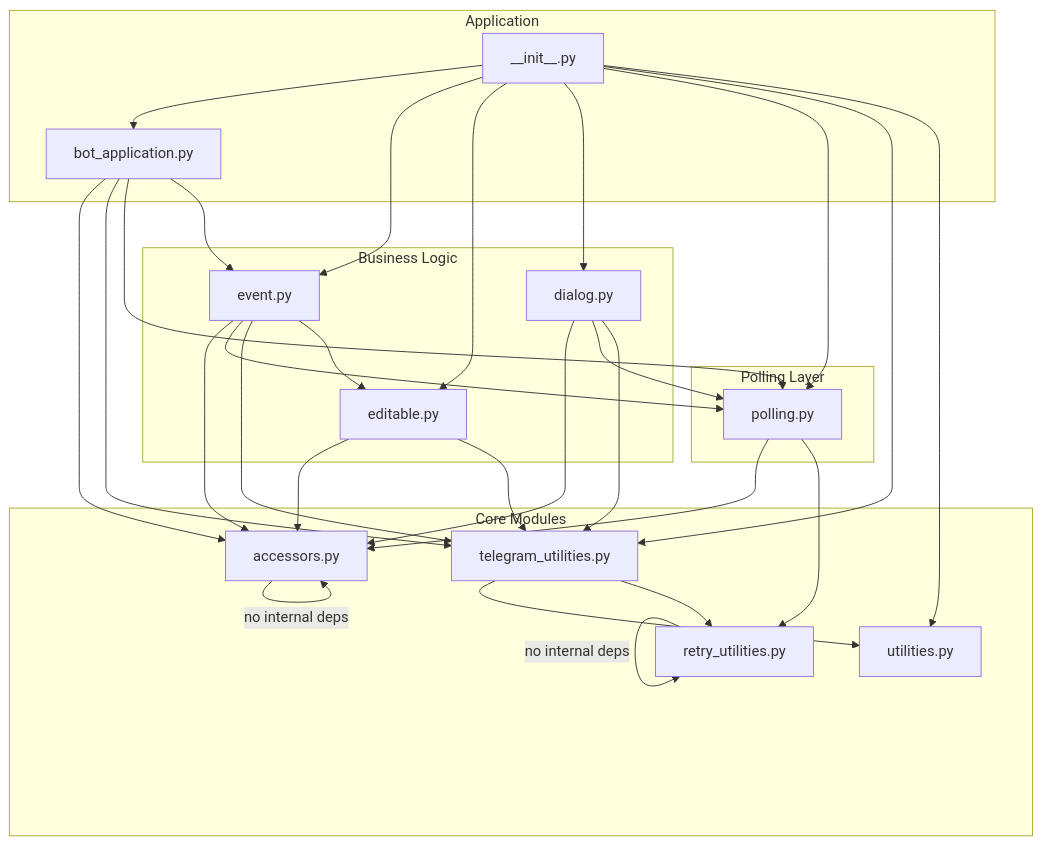
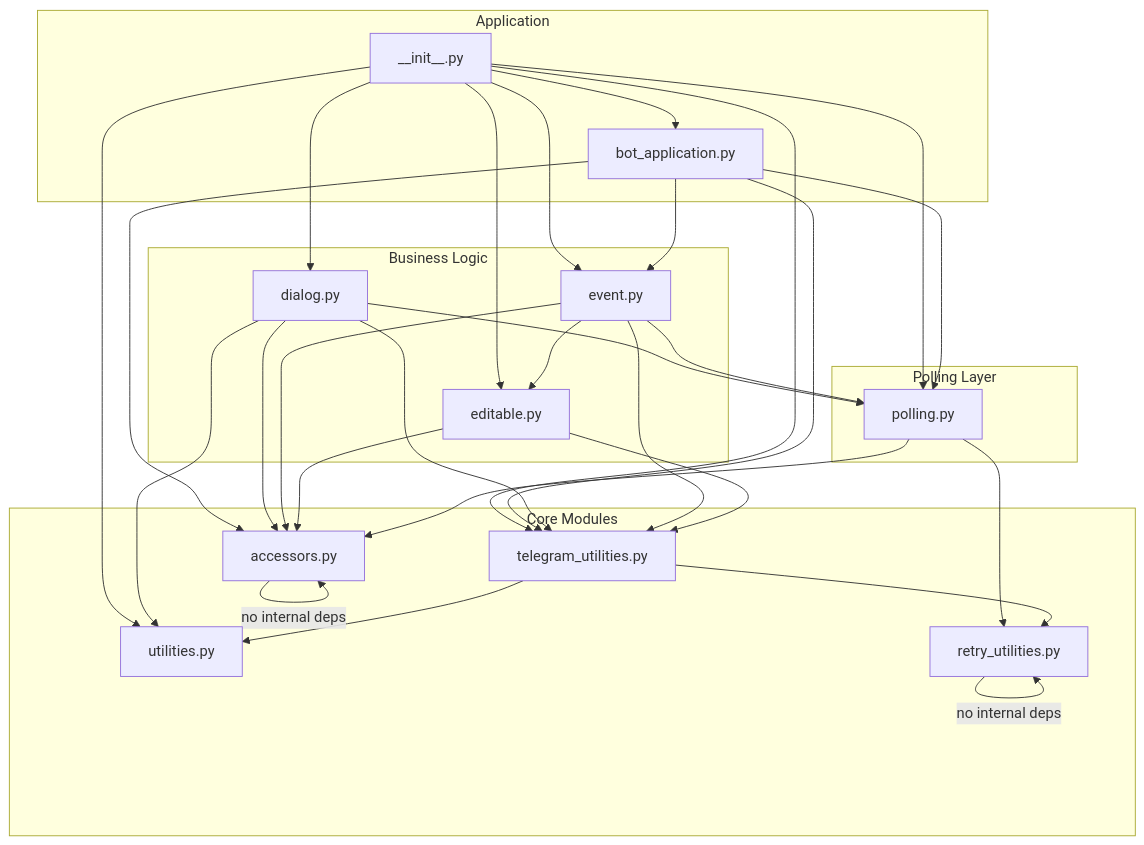
The first of 3 diagrams in IMPLEMENTATION.md (ItamarShmelo/my_bot_framework), drawn with Mermaid before and after one commit. The commit also changed other lines of this file and 7 other files, not shown here.

````diff
--- a/IMPLEMENTATION.md
+++ b/IMPLEMENTATION.md
@@ -60,61 +60,62 @@
 ```mermaid
 graph TD
     subgraph core [Core Modules]
         ACC[accessors.py]
         RU[retry_utilities.py]
         TU[telegram_utilities.py]
         UTIL[utilities.py]
     end
 
     subgraph polling_layer [Polling Layer]
         POLL[polling.py]
     end
 
     subgraph business [Business Logic]
         EDITABLE[editable.py]
         EVENT[event.py]
         DIALOG[dialog.py]
     end
 
     subgraph app [Application]
         BOT[bot_application.py]
         INIT[__init__.py]
     end
 
     %% Core has no internal dependencies
     ACC --> |no internal deps| ACC
     TU --> UTIL
     TU --> RU
     RU --> |no internal deps| RU
 
     %% Polling depends on accessors and retry
     POLL --> ACC
     POLL --> RU
 
     %% Business logic depends on core and polling
     EDITABLE --> ACC
     EDITABLE --> TU
     
     EVENT --> ACC
     EVENT --> POLL
     EVENT --> TU
     EVENT --> EDITABLE
 
     DIALOG --> ACC
     DIALOG --> POLL
     DIALOG --> TU
+    DIALOG --> UTIL
 
     %% Application depends on everything
     BOT --> ACC
     BOT --> TU
     BOT --> POLL
     BOT --> EVENT
 
     INIT --> BOT
     INIT --> EVENT
     INIT --> EDITABLE
     INIT --> DIALOG
     INIT --> POLL
     INIT --> TU
     INIT --> UTIL
 ```
````
